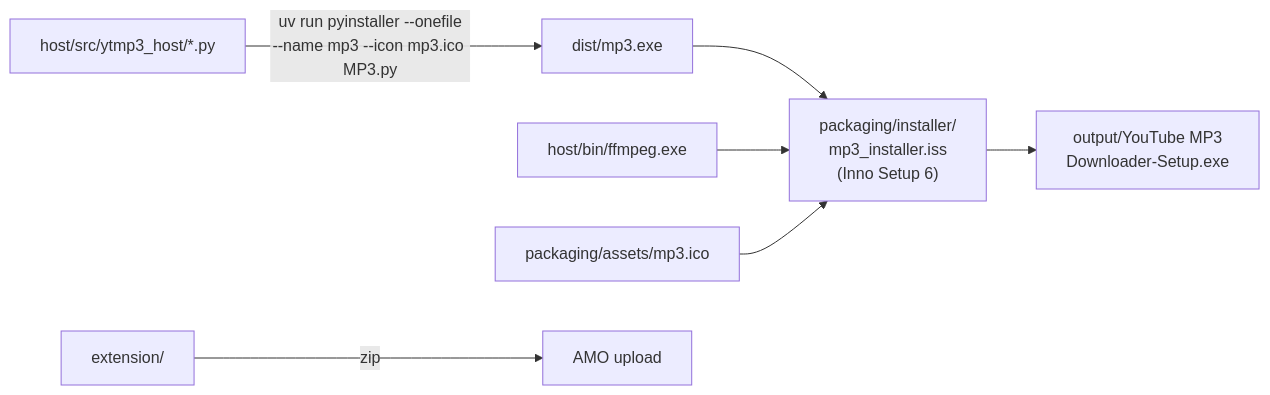
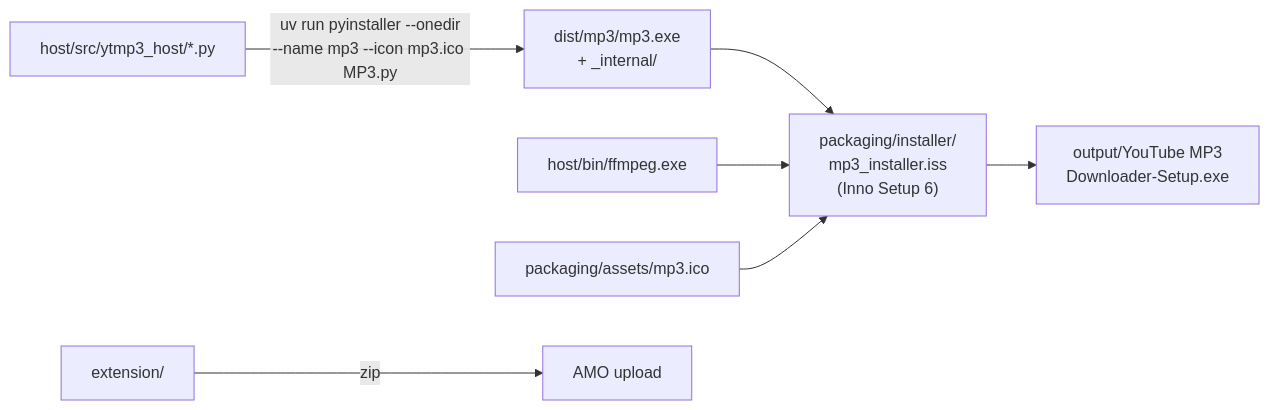
One commit to martin-iflap/YT-MP3-Downloader changed diagram 16 of 18 in ARCHITECTURE.md. Above: the diagram before and after it, drawn with Mermaid. The commit also changed other lines of this file and 11 other files, not shown here.

````diff
--- a/ARCHITECTURE.md
+++ b/ARCHITECTURE.md
@@ -604,10 +624,10 @@
 ```mermaid
 flowchart LR
-    SRC["host/src/ytmp3_host/*.py"] -- "uv run pyinstaller --onefile<br/>--name mp3 --icon mp3.ico MP3.py" --> EXE["dist/mp3.exe"]
+    SRC["host/src/ytmp3_host/*.py"] -- "uv run pyinstaller --onedir<br/>--name mp3 --icon mp3.ico MP3.py" --> EXE["dist/mp3/mp3.exe<br/>+ _internal/"]
     EXE --> ISS["packaging/installer/<br/>mp3_installer.iss<br/>(Inno Setup 6)"]
     FFB["host/bin/ffmpeg.exe"] --> ISS
     ICO["packaging/assets/mp3.ico"] --> ISS
     ISS --> SETUP["output/YouTube MP3<br/>Downloader-Setup.exe"]
 
     EXT["extension/"] -- "zip" --> AMO["AMO upload"]
 ```
````
